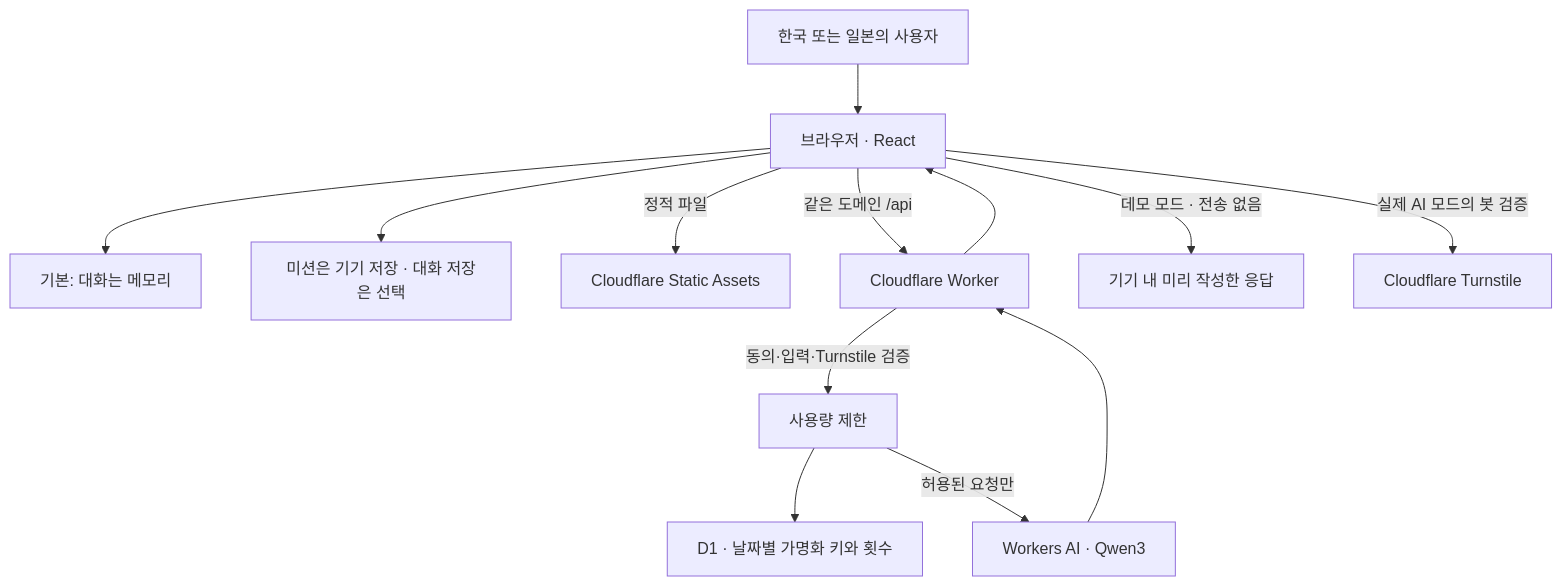
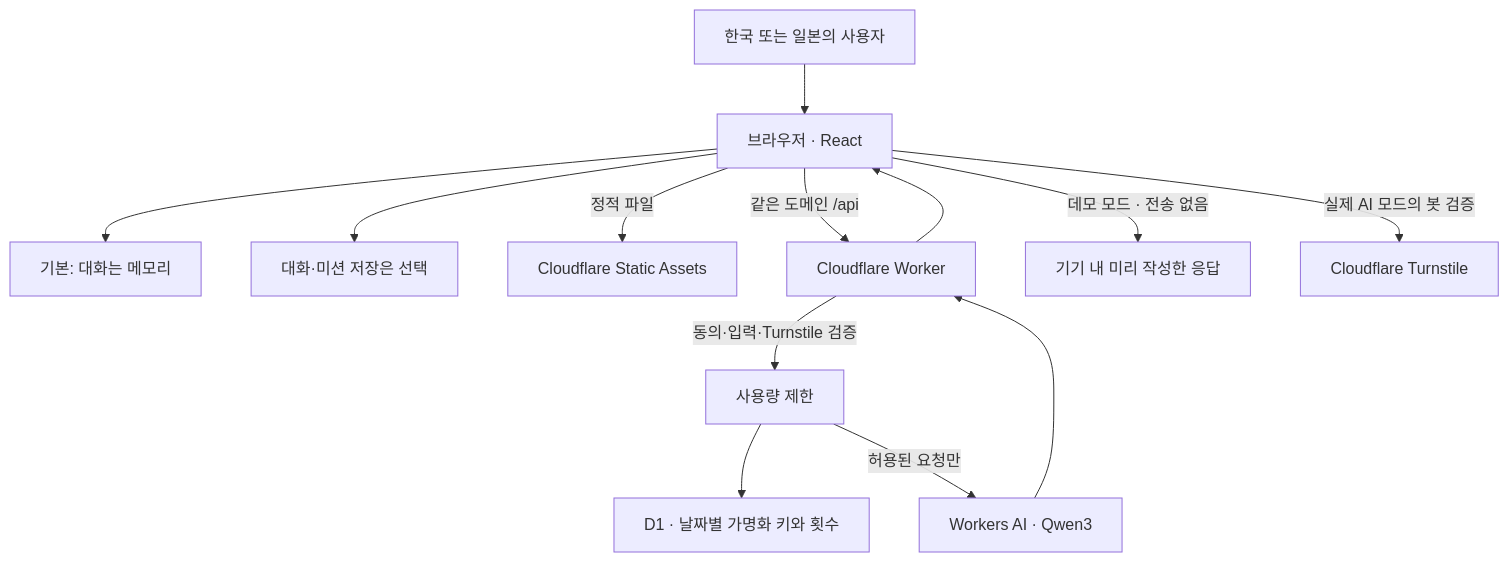
The first of 2 diagrams in docs/architecture.md (IPPO-2026/ippo), drawn with Mermaid before and after one commit. The commit also changed other lines of this file and 13 other files, not shown here.

````diff
--- a/docs/architecture.md
+++ b/docs/architecture.md
@@ -9,15 +9,15 @@
 ```mermaid
 flowchart TD
   U[한국 또는 일본의 사용자] --> B[브라우저 · React]
   B --> M[기본: 대화는 메모리]
-  B --> L[미션은 기기 저장 · 대화 저장은 선택]
+  B --> L[대화·미션 저장은 선택]
   B -->|정적 파일| S[Cloudflare Static Assets]
   B -->|같은 도메인 /api| W[Cloudflare Worker]
   B -->|데모 모드 · 전송 없음| D[기기 내 미리 작성한 응답]
   B -->|실제 AI 모드의 봇 검증| T[Cloudflare Turnstile]
   W -->|동의·입력·Turnstile 검증| G[사용량 제한]
   G --> Q[D1 · 날짜별 가명화 키와 횟수]
   G -->|허용된 요청만| A[Workers AI · Qwen3]
   A --> W
   W --> B
 ```
````
